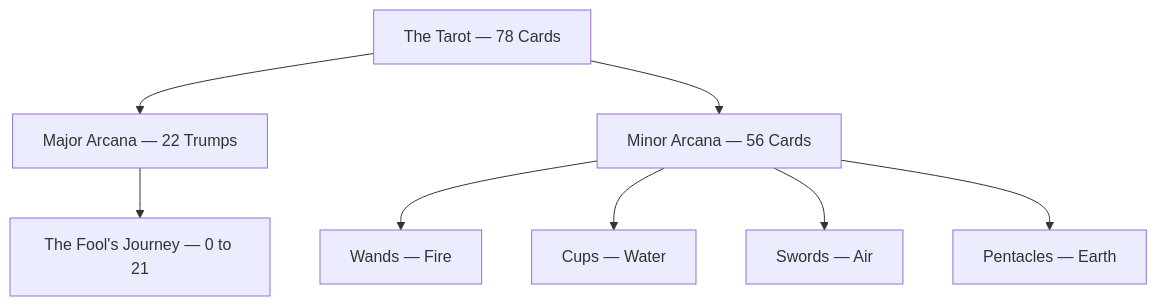
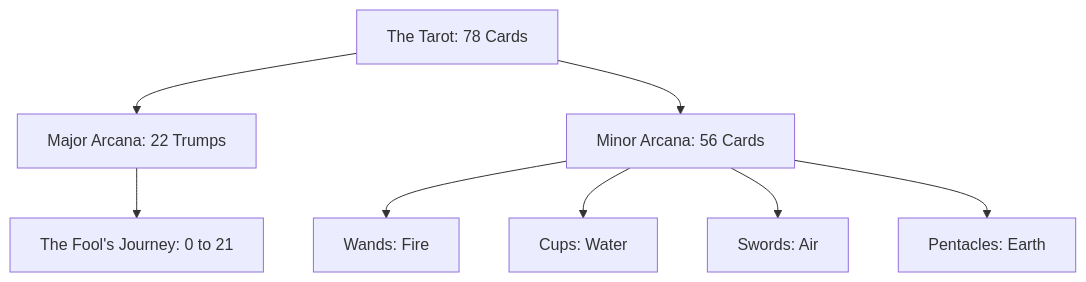
The diagram in data/knowledge/tarot/index.md (kennethreitz/kennethreitz.org), drawn with Mermaid before and after one commit. The commit also changed other lines of this file and 879 other files, not shown here.

````diff
--- a/data/knowledge/tarot/index.md
+++ b/data/knowledge/tarot/index.md
@@ -22,11 +22,11 @@
 ```mermaid
 flowchart TD
-    D["The Tarot — 78 Cards"]
-    D --> MA["Major Arcana — 22 Trumps"]
-    D --> MI["Minor Arcana — 56 Cards"]
-    MA --> J["The Fool's Journey — 0 to 21"]
-    MI --> W["Wands — Fire"]
-    MI --> C["Cups — Water"]
-    MI --> S["Swords — Air"]
-    MI --> P["Pentacles — Earth"]
+    D["The Tarot: 78 Cards"]
+    D --> MA["Major Arcana: 22 Trumps"]
+    D --> MI["Minor Arcana: 56 Cards"]
+    MA --> J["The Fool's Journey: 0 to 21"]
+    MI --> W["Wands: Fire"]
+    MI --> C["Cups: Water"]
+    MI --> S["Swords: Air"]
+    MI --> P["Pentacles: Earth"]
 ```
````
